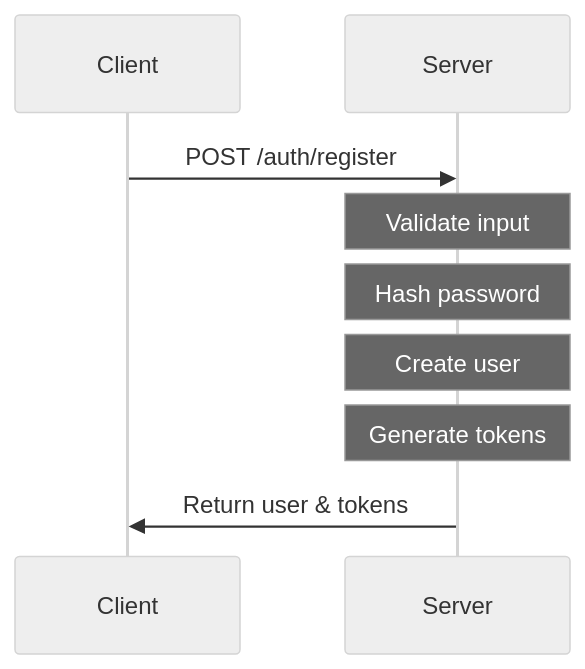
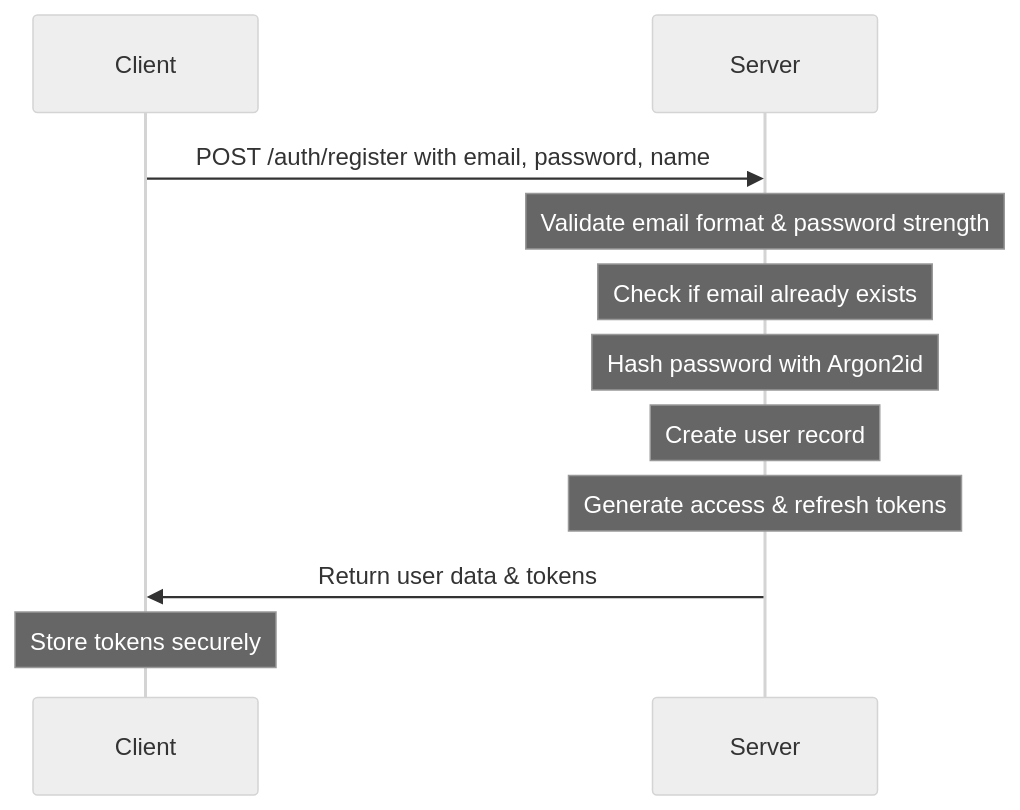
The first of 4 diagrams in apps/server/Auth.md (abdihashii/practice-note-remix-app), drawn with Mermaid (neutral theme) before and after one commit. The commit also changed other lines of this file, not shown here.

````diff
--- a/apps/server/Auth.md
+++ b/apps/server/Auth.md
@@ -57,9 +60,11 @@
 ```mermaid
 sequenceDiagram
-    Client->>Server: POST /auth/register
-    Note over Server: Validate input
-    Note over Server: Hash password
-    Note over Server: Create user
-    Note over Server: Generate tokens
-    Server->>Client: Return user & tokens
+    Client->>Server: POST /auth/register with email, password, name
+    Note over Server: Validate email format & password strength
+    Note over Server: Check if email already exists
+    Note over Server: Hash password with Argon2id
+    Note over Server: Create user record
+    Note over Server: Generate access & refresh tokens
+    Server->>Client: Return user data & tokens
+    Note over Client: Store tokens securely
 ```
````
